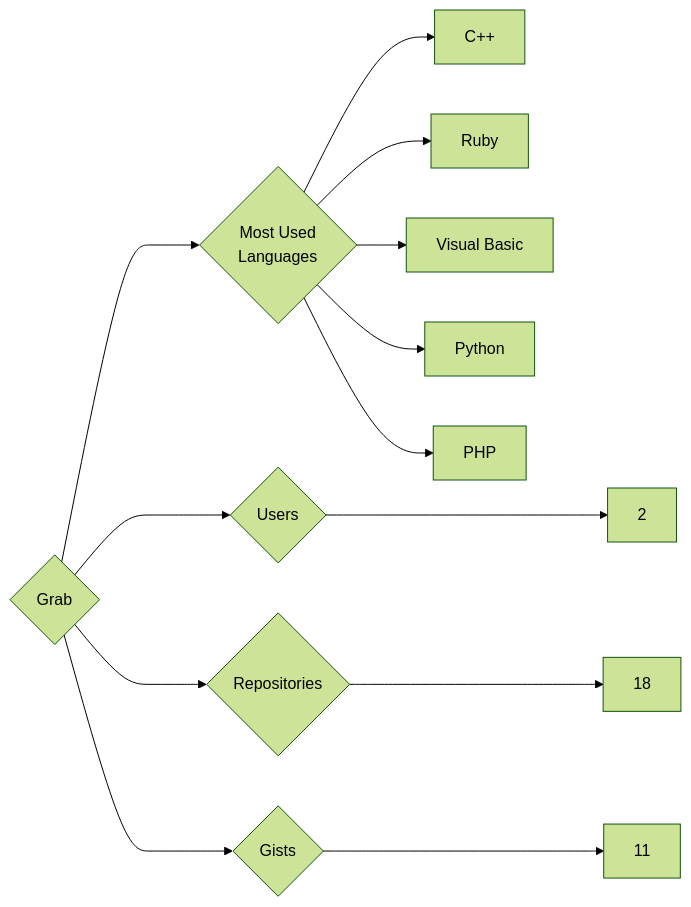
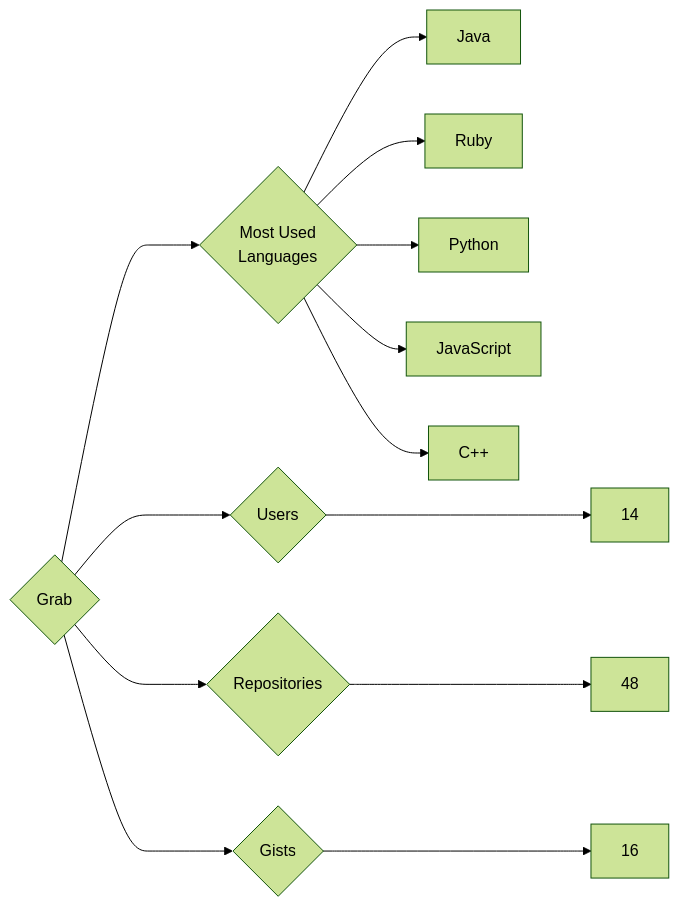
One commit to trickest/insiders changed the diagram in targets/Grab/README.md. Above: the diagram before and after it, drawn with Mermaid (forest theme). The commit also changed 772 other files, not shown here.

````diff
--- a/targets/Grab/README.md
+++ b/targets/Grab/README.md
@@ -3,13 +3,13 @@
 ```mermaid
 graph LR
 COMPANY_NAME{Grab}
-COMPANY_NAME ---> U{Users} ---> UN[2]
-COMPANY_NAME ---> R{Repositories} ---> RN[18]
-COMPANY_NAME ---> G{Gists} ---> GN[11]
+COMPANY_NAME ---> U{Users} ---> UN[14]
+COMPANY_NAME ---> R{Repositories} ---> RN[48]
+COMPANY_NAME ---> G{Gists} ---> GN[16]
 COMPANY_NAME ---> ML{Most Used<br>Languages}
+ML --> Java[Java]
+ML --> Ruby[Ruby]
+ML --> Python[Python]
+ML --> JavaScript[JavaScript]
 ML --> C++[C++]
-ML --> Ruby[Ruby]
-ML --> Visual_Basic[Visual Basic]
-ML --> Python[Python]
-ML --> PHP[PHP]
 ```
````
